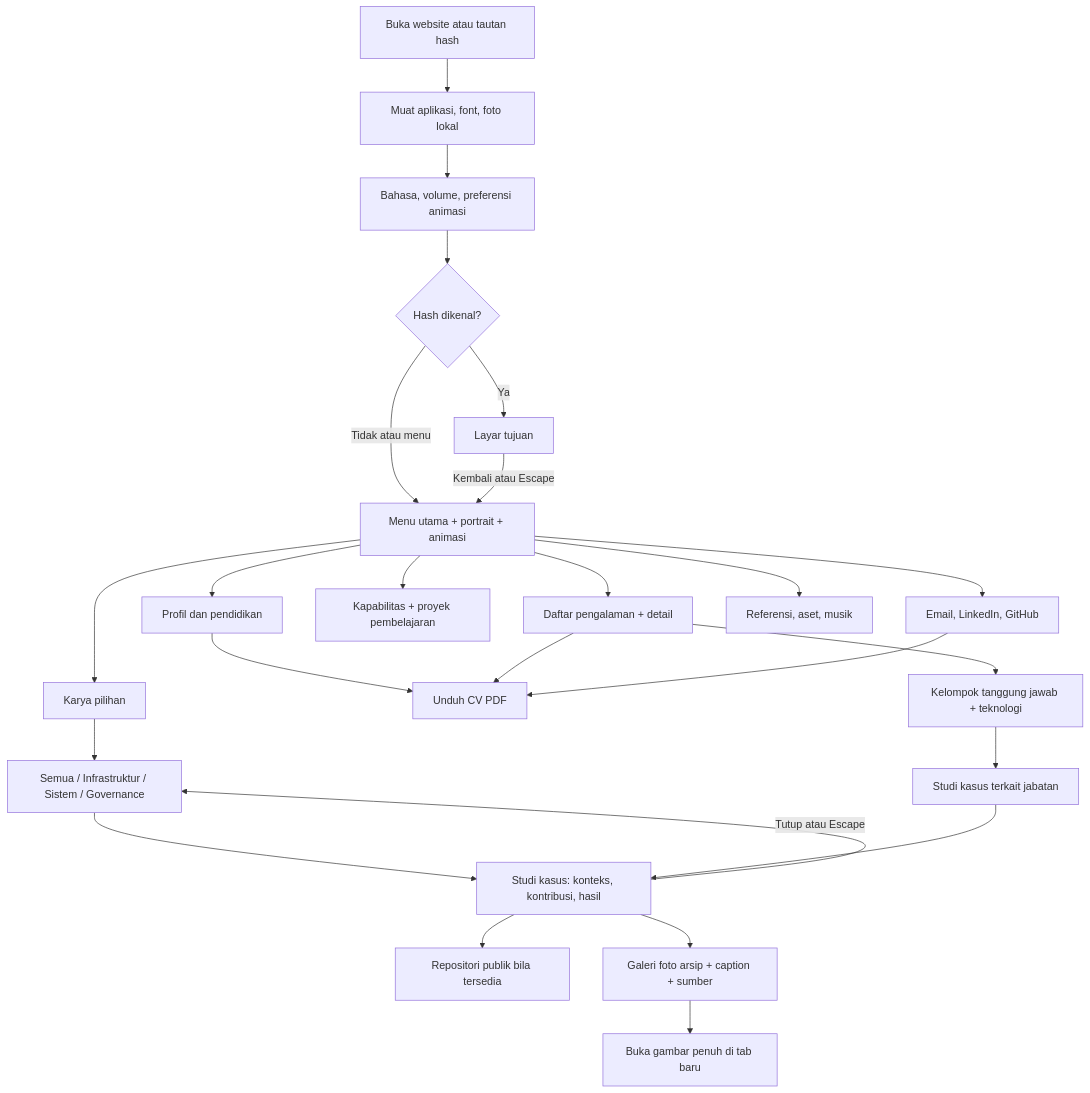
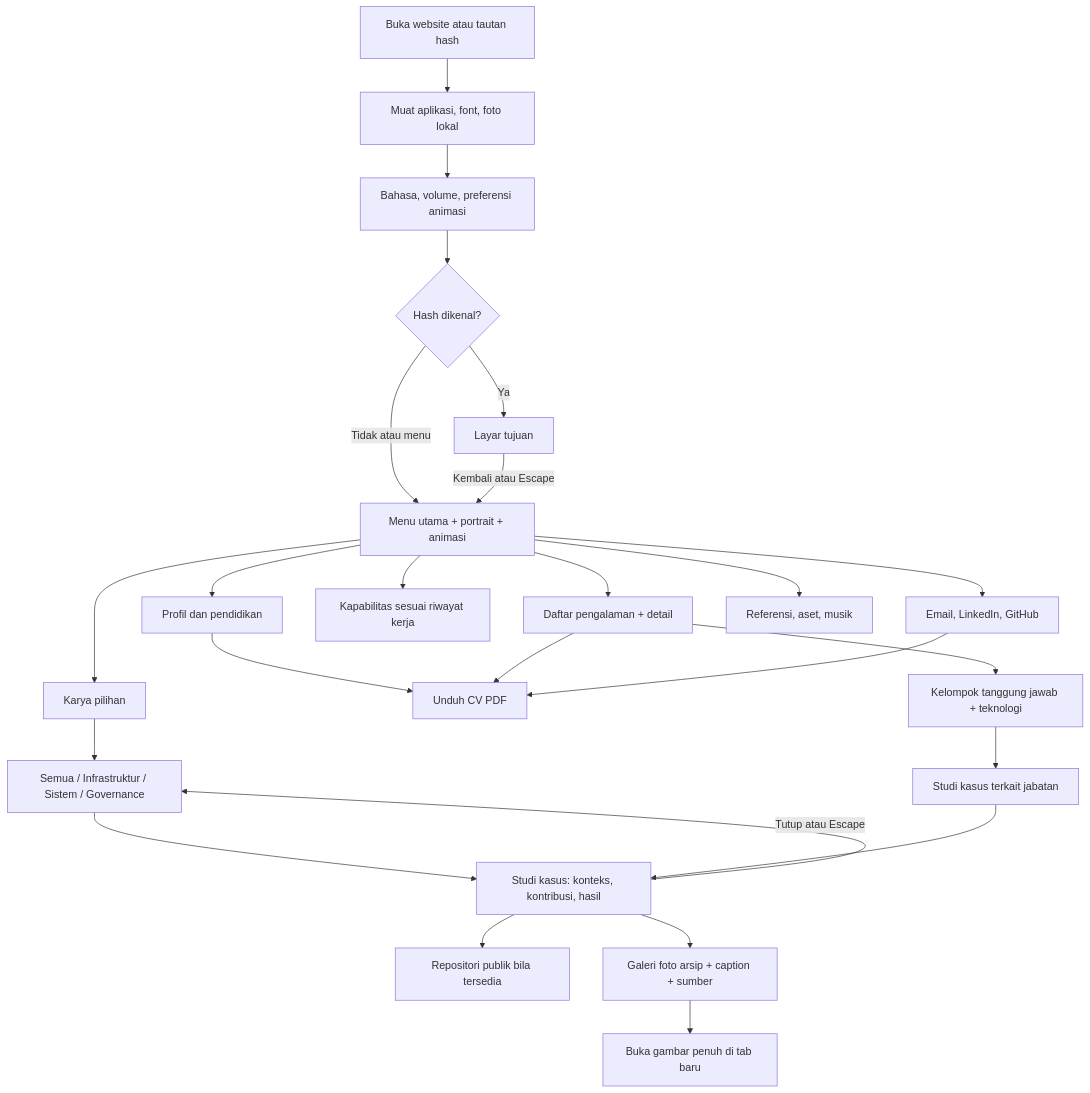
One commit to rickopra/rickopra.github.io changed the first of 6 diagrams in docs/FLOW.md. Above: the diagram before and after it, drawn with Mermaid. The commit also changed other lines of this file and 13 other files, not shown here.

````diff
--- a/docs/FLOW.md
+++ b/docs/FLOW.md
@@ -7,27 +7,27 @@
 ```mermaid
 flowchart TD
     Open["Buka website atau tautan hash"] --> Load["Muat aplikasi, font, foto lokal"]
     Load --> Preferences["Bahasa, volume, preferensi animasi"]
     Preferences --> Route{"Hash dikenal?"}
     Route -->|Tidak atau menu| Menu["Menu utama + portrait + animasi"]
     Route -->|Ya| File["Layar tujuan"]
     Menu --> Profile["Profil dan pendidikan"]
     Menu --> Work["Karya pilihan"]
     Menu --> Career["Daftar pengalaman + detail"]
-    Menu --> Skills["Kapabilitas + proyek pembelajaran"]
+    Menu --> Skills["Kapabilitas sesuai riwayat kerja"]
     Menu --> Contact["Email, LinkedIn, GitHub"]
     Menu --> Credits["Referensi, aset, musik"]
     Work --> Filter["Semua / Infrastruktur / Sistem / Governance"]
     Filter --> Dialog["Studi kasus: konteks, kontribusi, hasil"]
     Dialog --> Source["Repositori publik bila tersedia"]
     Dialog --> Evidence["Galeri foto arsip + caption + sumber"]
     Evidence --> Full["Buka gambar penuh di tab baru"]
     Dialog -->|Tutup atau Escape| Filter
     Profile --> CV["Unduh CV PDF"]
     Career --> CV
     Career --> Responsibilities["Kelompok tanggung jawab + teknologi"]
     Responsibilities --> Related["Studi kasus terkait jabatan"]
     Related --> Dialog
     Contact --> CV
     File -->|Kembali atau Escape| Menu
 ```
````
